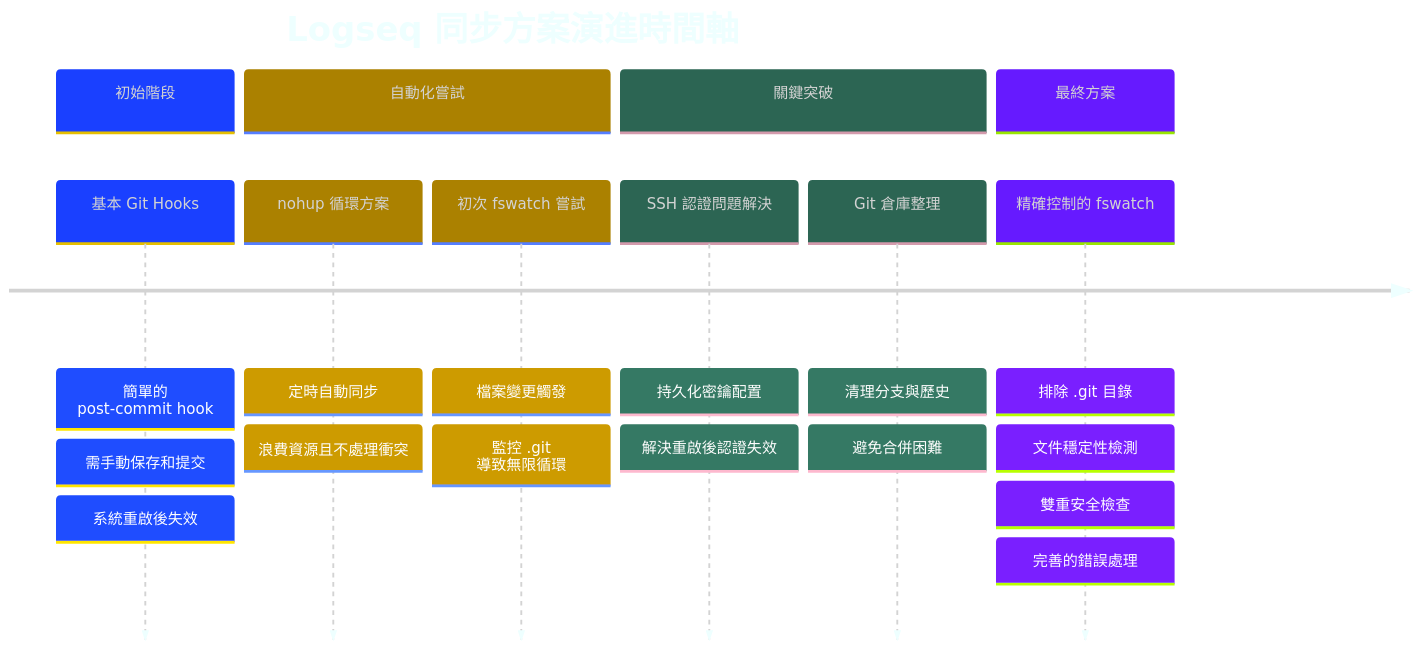
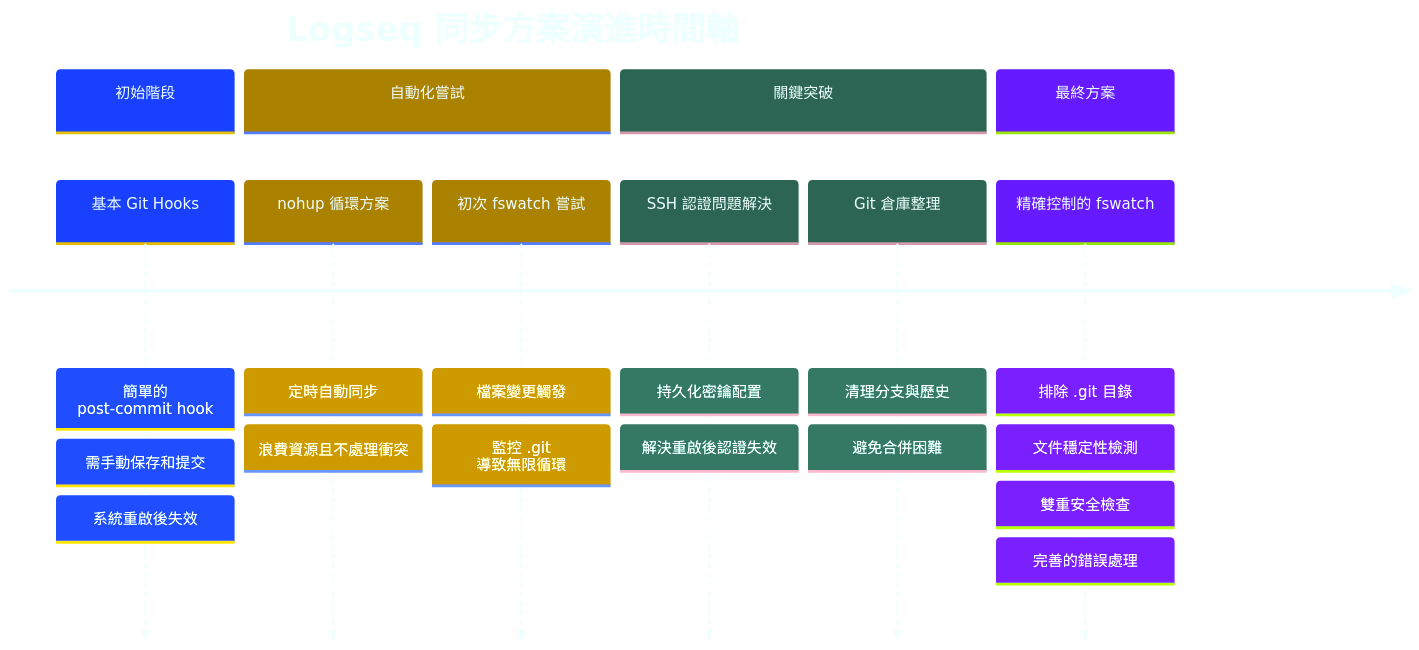
One commit to GengGeng026/Sync-Logseq changed the first of 2 diagrams in Logseq同步方案演進記錄.md. Above: the diagram before and after it, drawn with Mermaid.

Commit message:
Auto-sync: Wed Mar 26 09:21:59 +08 2025

````diff
--- a/Logseq同步方案演進記錄.md
+++ b/Logseq同步方案演進記錄.md
@@ -24,44 +24,44 @@
 ```mermaid
 %%{init: {
   'theme': 'base', 
   'themeVariables': {
     'primaryColor': '#99AAFF',
     'secondaryColor': '#FFCB2B',
     'tertiaryColor': '#59B79A',
-    'primaryTextColor': 'lightgrey',
+    'primaryTextColor': '#EEFFFF',
     'primaryBorderColor': '#59B79A',
     'lineColor': '#C792EA',
     'background': 'transparent',
     'textColor': '#EEFFFF',
     'nodeBorder': '#59B79A',
     'clusterBkg': 'transparent',
     'titleColor': '#EEFFFF',
     'sectionBkgColor': '#273747',
     'sectionBkgColor2': '#334455',
     'sectionBkgColor3': '#3A4A5A',
     'sectionBkgColor4': '#42546A',
     'sectionBkgColor5': '#4B5E78'
   }
 }}%%
 timeline
     title Logseq 同步方案演進時間軸
     section 初始階段
         基本 Git Hooks : 簡單的 post-commit hook
         : 需手動保存和提交
         : 系統重啟後失效
     section 自動化嘗試
         nohup 循環方案 : 定時自動同步
         : 浪費資源且不處理衝突
         初次 fswatch 嘗試 : 檔案變更觸發
         : 監控 .git 導致無限循環
     section 關鍵突破
         SSH 認證問題解決 : 持久化密鑰配置
         : 解決重啟後認證失效
         Git 倉庫整理 : 清理分支與歷史
         : 避免合併困難
     section 最終方案
         精確控制的 fswatch : 排除 .git 目錄
         : 文件穩定性檢測
         : 雙重安全檢查
         : 完善的錯誤處理
 ```
````
